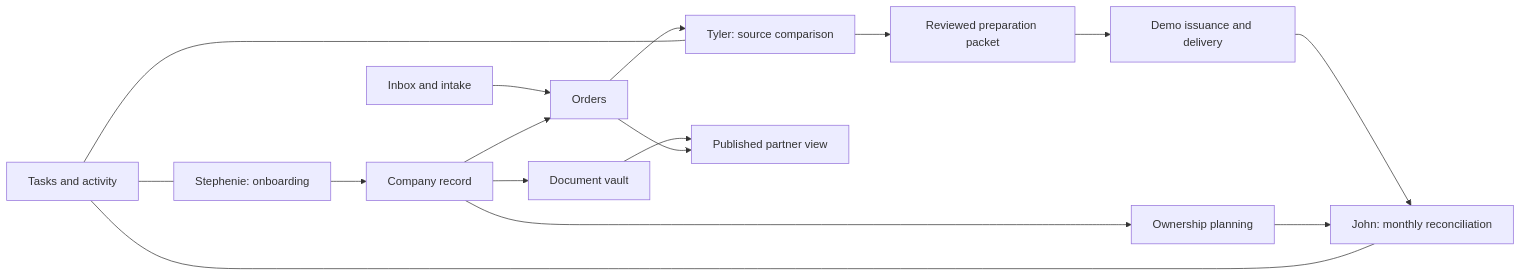
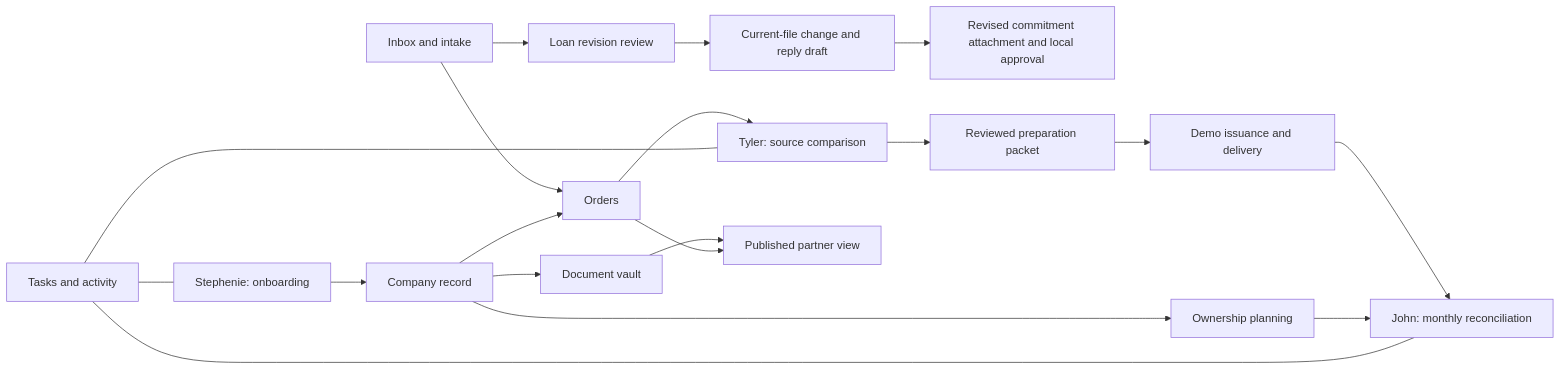
Before and after one commit to AaronPilk/title-software: the diagram in docs/system-blueprint.md, drawn with Mermaid. The commit also changed other lines of this file and 20 other files, not shown here.

````diff
--- a/docs/system-blueprint.md
+++ b/docs/system-blueprint.md
@@ -36,18 +37,21 @@
 ```mermaid
 flowchart LR
     A[Inbox and intake] --> B[Orders]
+    A --> R[Loan revision review]
+    R --> S[Current-file change and reply draft]
+    S --> T[Revised commitment attachment and local approval]
     B --> C[Tyler: source comparison]
     C --> D[Reviewed preparation packet]
     D --> E[Demo issuance and delivery]
     E --> F[John: monthly reconciliation]
     G[Stephenie: onboarding] --> H[Company record]
     H --> B
     H --> I[Document vault]
     I --> J[Published partner view]
     B --> J
     H --> K[Ownership planning]
     K --> F
     L[Tasks and activity] --- C
     L --- G
     L --- F
 ```
````
